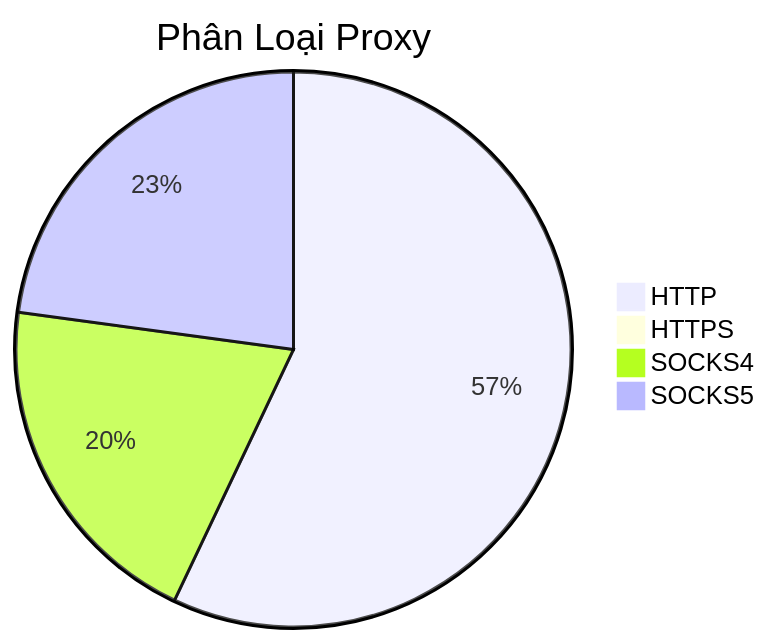
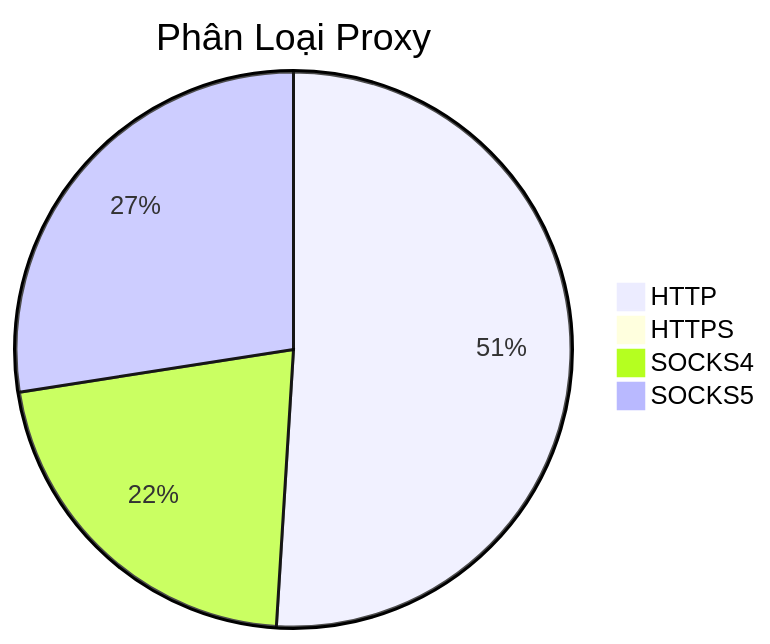
Before and after one commit to Ciara-12/PROXY-free: the diagram in README.md, drawn with Mermaid. The commit also changed other lines of this file and 4 other files, not shown here.

````diff
--- a/README.md
+++ b/README.md
@@ -26,7 +26,7 @@
 ```mermaid
 pie title Phân Loại Proxy
-    "HTTP" : 866
-    "HTTPS" : 5
-    "SOCKS4" : 305
-    "SOCKS5" : 347
+    "HTTP" : 622
+    "HTTPS" : 3
+    "SOCKS4" : 263
+    "SOCKS5" : 335
 ```
````
